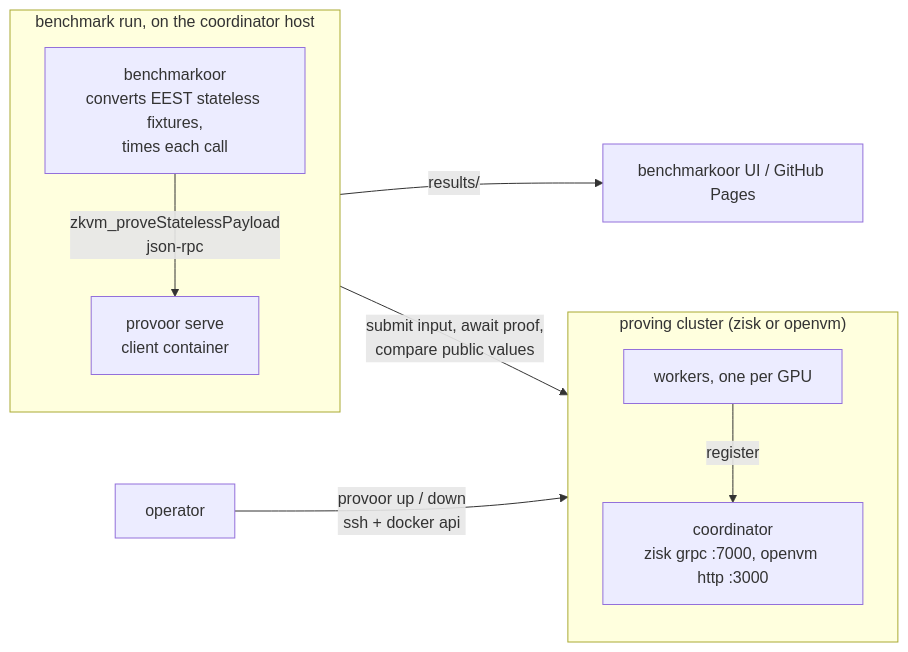
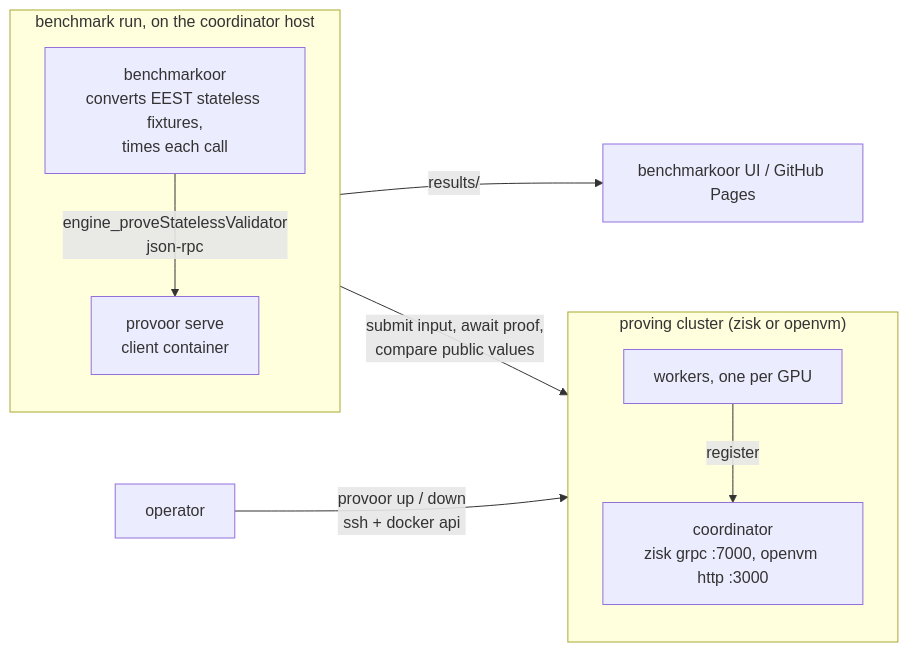
The diagram in README.md (han0110/provoor), drawn with Mermaid before and after one commit. The commit also changed other lines of this file and 3 other files, not shown here.

````diff
--- a/README.md
+++ b/README.md
@@ -29,21 +29,21 @@
 ```mermaid
 flowchart LR
     operator -- "provoor up / down<br/>ssh + docker api" --> cluster
 
     subgraph cluster["proving cluster (zisk or openvm)"]
         direction TB
         coordinator["coordinator<br/>zisk grpc :7000, openvm http :3000"]
         workers["workers, one per GPU"]
         workers -- register --> coordinator
     end
 
     subgraph run["benchmark run, on the coordinator host"]
         direction TB
         benchmarkoor["benchmarkoor<br/>converts EEST stateless fixtures,<br/>times each call"]
         serve["provoor serve<br/>client container"]
-        benchmarkoor -- "zkvm_proveStatelessPayload<br/>json-rpc" --> serve
+        benchmarkoor -- "engine_proveStatelessValidator<br/>json-rpc" --> serve
     end
 
     serve -- "submit input, await proof,<br/>compare public values" --> coordinator
     benchmarkoor -- "results/" --> ui["benchmarkoor UI / GitHub Pages"]
 ```
````
